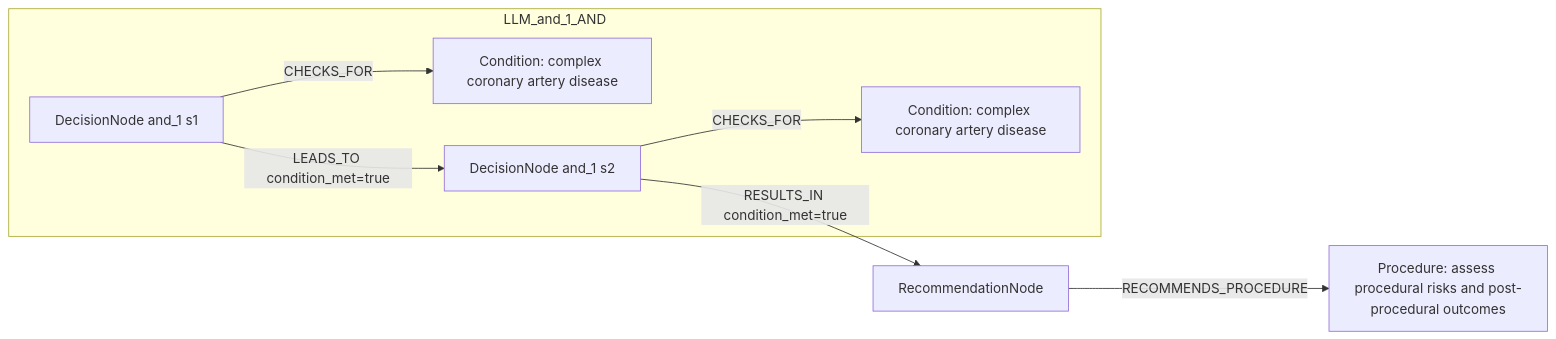
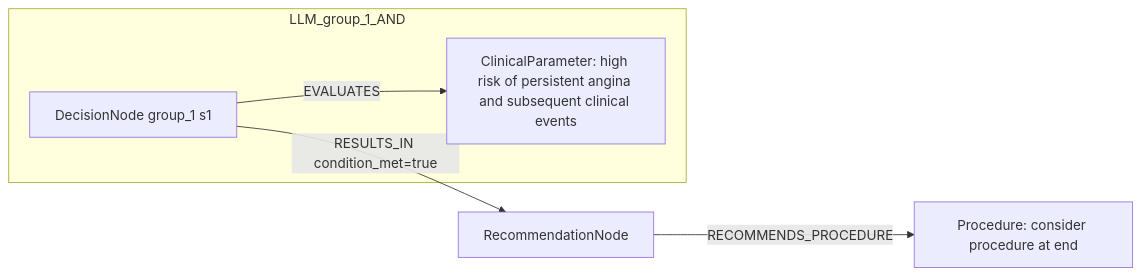
One commit to dieterich-lab/CardioGuidelinesGraph changed the second of 2 diagrams in docs/table22_rows_comparison/row_18.md. Above: the diagram before and after it, drawn with Mermaid. The commit also changed other lines of this file and 20 other files, not shown here.

````diff
--- a/docs/table22_rows_comparison/row_18.md
+++ b/docs/table22_rows_comparison/row_18.md
@@ -242,16 +218,12 @@
 ```mermaid
 graph LR
   REC[RecommendationNode]
-  ACT1[Procedure: assess procedural risks and post-procedural outcomes]
+  ACT1[Procedure: consider procedure at end]
   REC -->|RECOMMENDS_PROCEDURE| ACT1
-  subgraph LLM_and_1_AND
-    D_and_1_1[DecisionNode and_1 s1]
-    C_and_1_1[Condition: complex coronary artery disease]
-    D_and_1_1 -->|CHECKS_FOR| C_and_1_1
-    D_and_1_2[DecisionNode and_1 s2]
-    C_and_1_2[Condition: complex coronary artery disease]
-    D_and_1_2 -->|CHECKS_FOR| C_and_1_2
-    D_and_1_1 -->|LEADS_TO condition_met=true| D_and_1_2
+  subgraph LLM_group_1_AND
+    D_group_1_1[DecisionNode group_1 s1]
+    C_group_1_1[ClinicalParameter: high risk of persistent angina and subsequent clinical events]
+    D_group_1_1 -->|EVALUATES| C_group_1_1
   end
-  D_and_1_2 -->|RESULTS_IN condition_met=true| REC
+  D_group_1_1 -->|RESULTS_IN condition_met=true| REC
 ```
````
